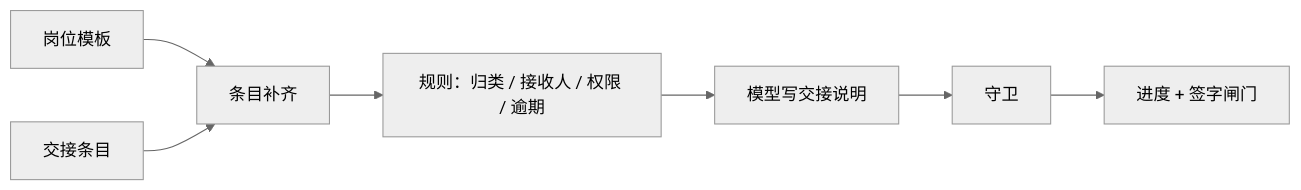
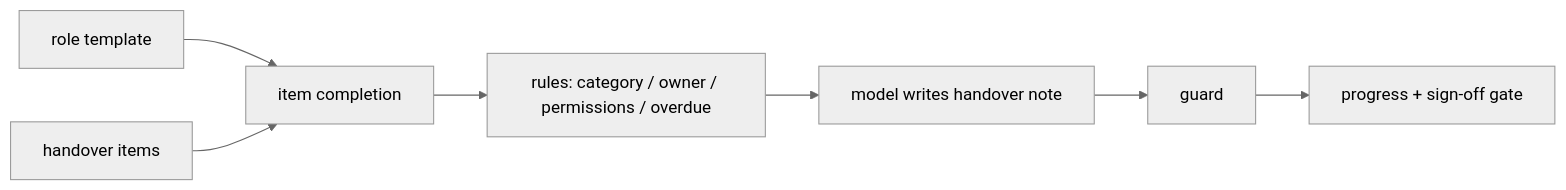
One commit to wushiyi105-jpg/baton changed the diagram in README.en.md. Above: the diagram before and after it, drawn with Mermaid (neutral theme). The commit also changed other lines of this file and 3 other files, not shown here.

````diff
--- a/README.en.md
+++ b/README.en.md
@@ -64,9 +67,9 @@
 ```mermaid
 graph LR
-  A[岗位模板] --> M[条目补齐]
-  B[交接条目] --> M
-  M --> R[规则：归类 / 接收人 / 权限 / 逾期]
-  R --> P[模型写交接说明]
-  P --> G[守卫]
-  G --> O[进度 + 签字闸门]
+  A[role template] --> M[item completion]
+  B[handover items] --> M
+  M --> R[rules: category / owner / permissions / overdue]
+  R --> P[model writes handover note]
+  P --> G[guard]
+  G --> O[progress + sign-off gate]
 ```
````
